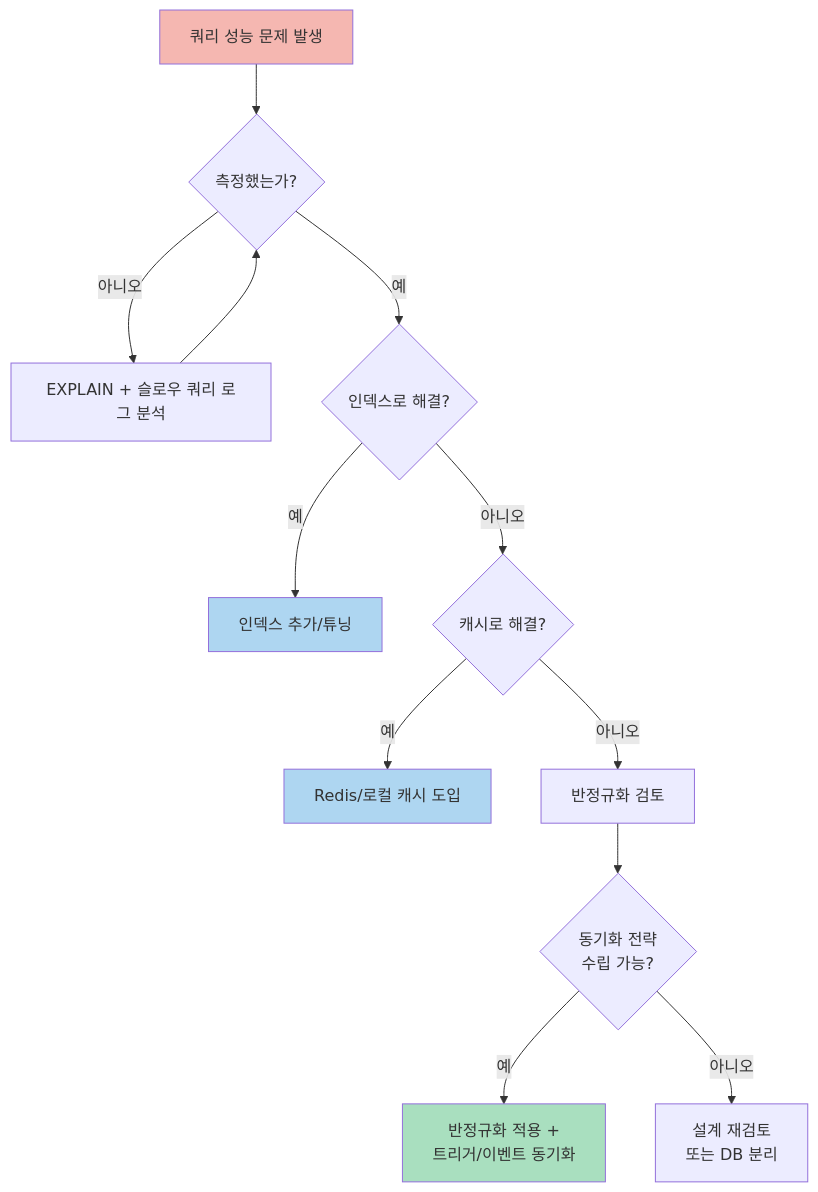
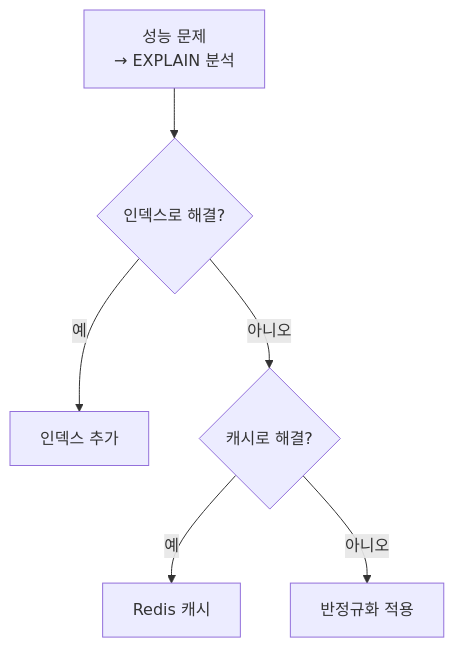
One commit to yjkim2015/yjkim2015.github.io changed the third of 3 diagrams in _posts/db/2026-05-01-db-normalization.md. Above: the diagram before and after it, drawn with Mermaid. The commit also changed other lines of this file and 215 other files, not shown here.

First line of the commit message:
신규 포스트 10개 추가 + Mermaid 전면 축소 + SystemDesign 시리즈 보강

````diff
--- a/_posts/db/2026-05-01-db-normalization.md
+++ b/_posts/db/2026-05-01-db-normalization.md
@@ -307,19 +305,8 @@
 ```mermaid
 flowchart TD
-    START[쿼리 성능 문제 발생] --> MEASURE{측정했는가?}
-    MEASURE -->|아니오| DO_MEASURE[EXPLAIN + 슬로우 쿼리 로그 분석]
-    DO_MEASURE --> MEASURE
-    MEASURE -->|예| INDEX{인덱스로 해결?}
-    INDEX -->|예| ADD_IDX[인덱스 추가/튜닝]
-    INDEX -->|아니오| CACHE{캐시로 해결?}
-    CACHE -->|예| ADD_CACHE[Redis/로컬 캐시 도입]
-    CACHE -->|아니오| DENORM[반정규화 검토]
-    DENORM --> SYNC{동기화 전략<br>수립 가능?}
-    SYNC -->|예| APPLY[반정규화 적용 +<br>트리거/이벤트 동기화]
-    SYNC -->|아니오| RECHECK[설계 재검토<br>또는 DB 분리]
-
-    style START fill:#F5B7B1
-    style APPLY fill:#A9DFBF
-    style ADD_IDX fill:#AED6F1
-    style ADD_CACHE fill:#AED6F1
+    START["성능 문제\n→ EXPLAIN 분석"] --> INDEX{"인덱스로 해결?"}
+    INDEX -->|"예"| ADD_IDX["인덱스 추가"]
+    INDEX -->|"아니오"| CACHE{"캐시로 해결?"}
+    CACHE -->|"예"| ADD_CACHE["Redis 캐시"]
+    CACHE -->|"아니오"| APPLY["반정규화 적용"]
 ```
````
